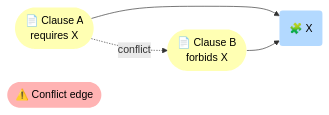
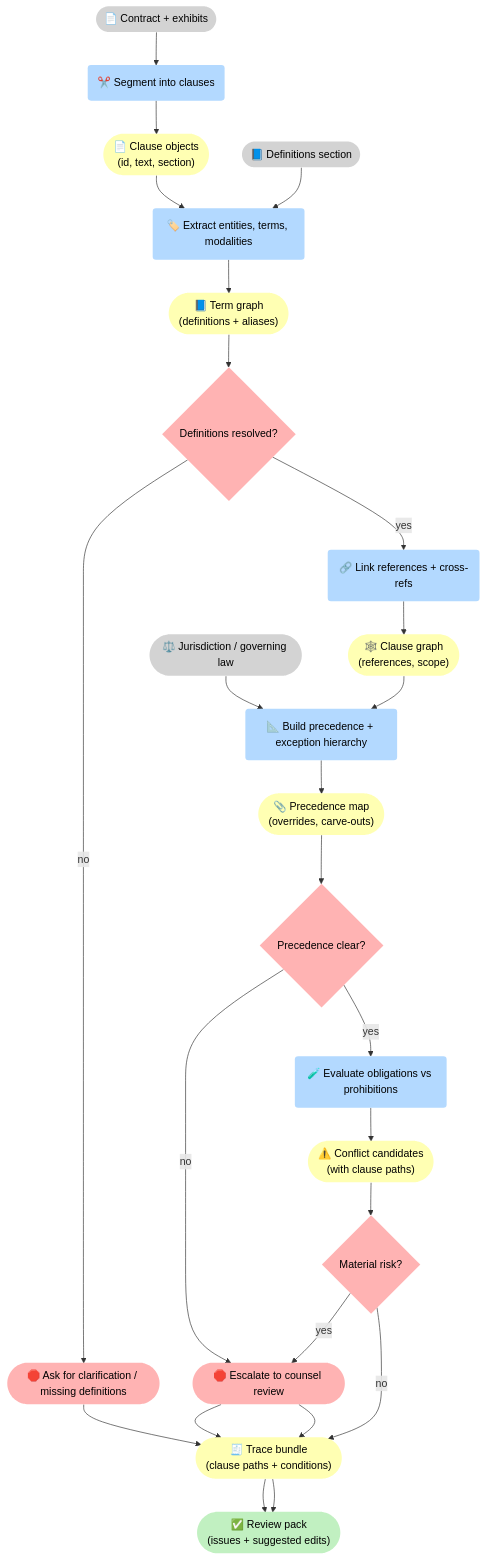
The first of 3 diagrams in docs/case-studies/legal.md (5Reasons/5reasons.github.io), drawn with Mermaid before and after one commit. The commit also changed other lines of this file and 8 other files, not shown here.

First line of the commit message:
Enhance case studies with detailed flowcharts and explicit gates

````diff
--- a/docs/case-studies/legal.md
+++ b/docs/case-studies/legal.md
@@ -58,18 +58,49 @@
 ```mermaid
-flowchart LR
+flowchart TB
 %% Styles (brModel Standard)
 classDef i fill:#D3D3D3,stroke-width:0px,color:#000;
 classDef p fill:#B3D9FF,stroke-width:0px,color:#000;
 classDef r fill:#FFFFB3,stroke-width:0px,color:#000;
 classDef o fill:#C1F0C1,stroke-width:0px,color:#000;
 classDef s fill:#FFB3B3,stroke-width:0px,color:#000;
 
-R_A(["📄 Clause A<br>requires X"]):::r
-R_B(["📄 Clause B<br>forbids X"]):::r
-P_X("🧩 X"):::p
-S_C(["⚠️ Conflict edge"]):::s
+I_Doc(["📄 Contract + exhibits"]):::i
+I_Def(["📘 Definitions section"]):::i
+I_Jur(["⚖️ Jurisdiction / governing law"]):::i
 
-R_A --> P_X
-R_B --> P_X
-R_A -. "conflict" .-> R_B
+P_Seg("✂️ Segment into clauses"):::p
+R_Cla(["📄 Clause objects<br>(id, text, section)"]):::r
+
+P_Ent("🏷️ Extract entities, terms, modalities"):::p
+R_Terms(["📘 Term graph<br>(definitions + aliases)"]):::r
+G_Def{"Definitions resolved?"}:::s
+S_AskDef(["🛑 Ask for clarification / missing definitions"]):::s
+
+P_Link("🔗 Link references + cross-refs"):::p
+R_CG(["🕸️ Clause graph<br>(references, scope)"]):::r
+
+P_Prec("📐 Build precedence + exception hierarchy"):::p
+R_Prec(["📎 Precedence map<br>(overrides, carve-outs)"]):::r
+G_Prec{"Precedence clear?"}:::s
+
+P_Check("🧪 Evaluate obligations vs prohibitions"):::p
+R_Conf(["⚠️ Conflict candidates<br>(with clause paths)"]):::r
+G_Mat{"Material risk?"}:::s
+
+O_Out(["✅ Review pack<br>(issues + suggested edits)"]):::o
+S_Esc(["🛑 Escalate to counsel review"]):::s
+R_Tr(["🧾 Trace bundle<br>(clause paths + conditions)"]):::r
+
+I_Doc --> P_Seg --> R_Cla --> P_Ent --> R_Terms --> G_Def
+I_Def --> P_Ent
+I_Jur --> P_Prec
+
+G_Def -->|"no"| S_AskDef --> R_Tr
+G_Def -->|"yes"| P_Link --> R_CG --> P_Prec --> R_Prec --> G_Prec
+
+G_Prec -->|"no"| S_Esc --> R_Tr
+G_Prec -->|"yes"| P_Check --> R_Conf --> G_Mat
+
+G_Mat -->|"yes"| S_Esc --> R_Tr --> O_Out
+G_Mat -->|"no"| R_Tr --> O_Out
 ```
````
